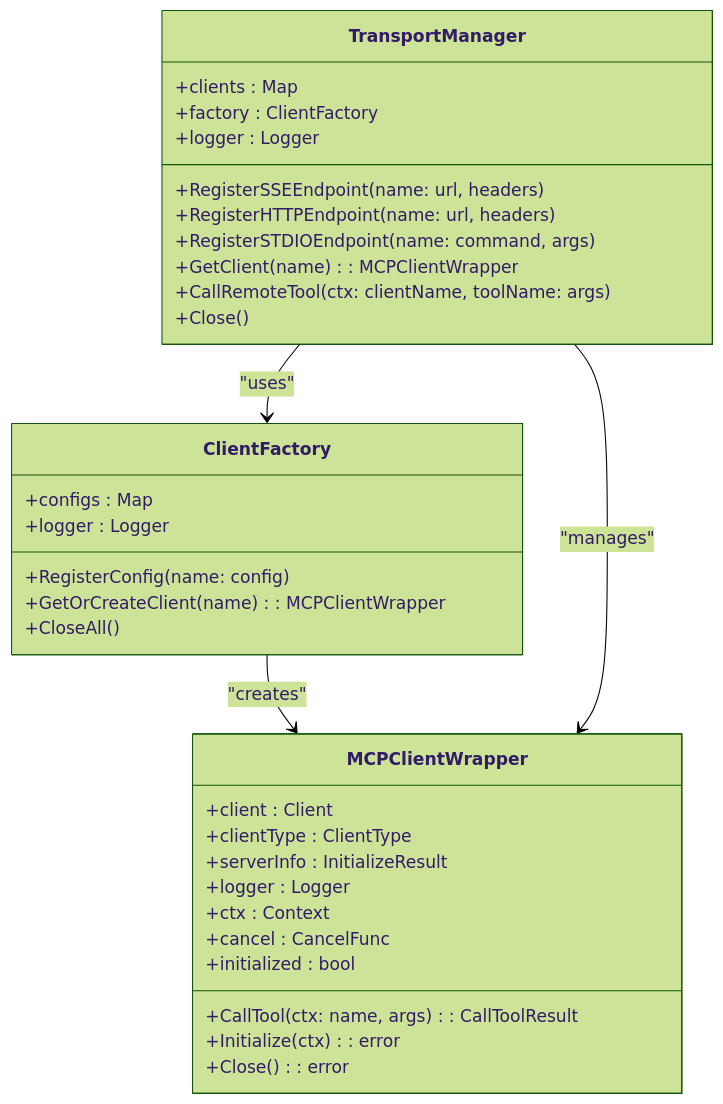
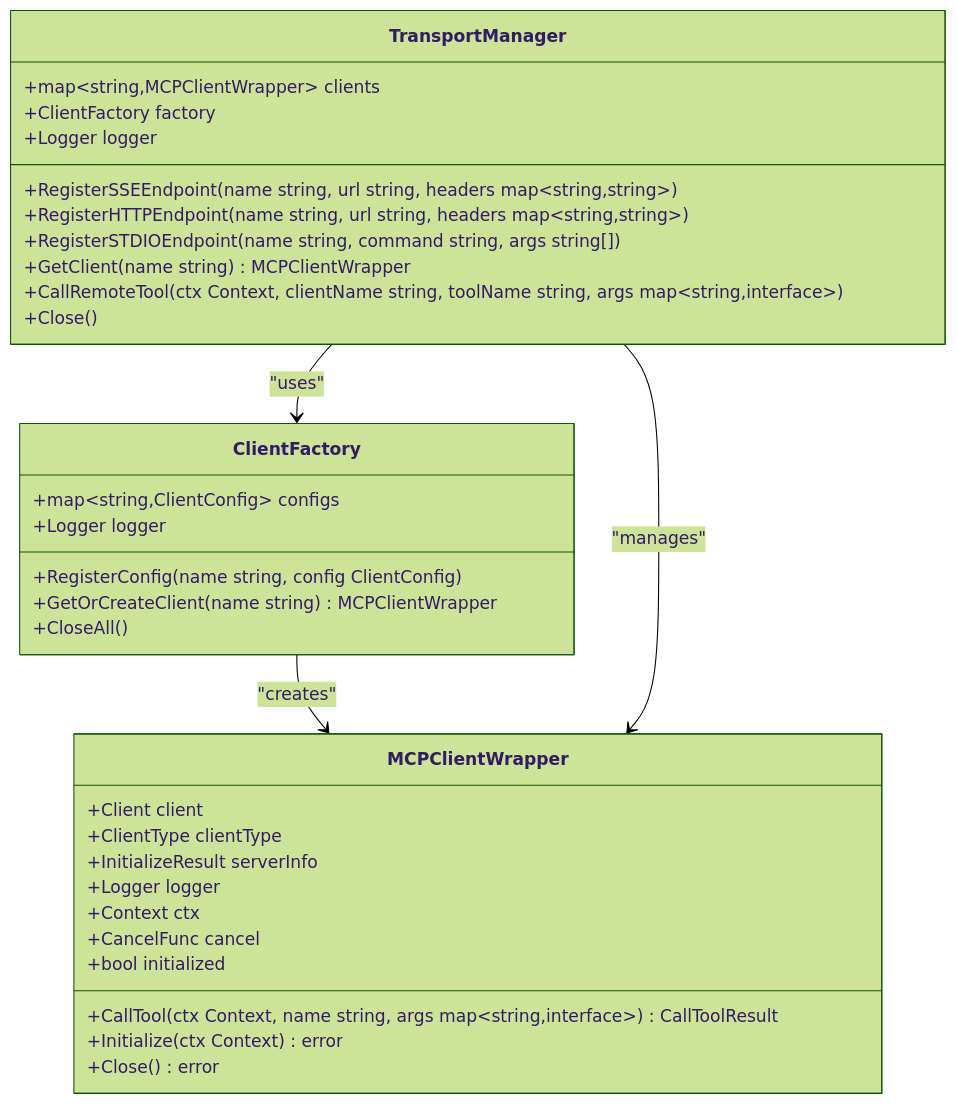
The first of 3 diagrams in docs/Architecture Overview/Model Context Protocol (MCP) Integration/Transport Adapters and Protocol Support.md (prxs-ai/praxis-go-sdk), drawn with Mermaid (forest theme) before and after one commit. The commit also changed other lines of this file and 33 other files, not shown here.

````diff
--- a/docs/Architecture Overview/Model Context Protocol (MCP) Integration/Transport Adapters and Protocol Support.md
+++ b/docs/Architecture Overview/Model Context Protocol (MCP) Integration/Transport Adapters and Protocol Support.md
@@ -25,36 +25,36 @@
 ```mermaid
 classDiagram
 class TransportManager {
-+clients : Map<string, MCPClientWrapper>
-+factory : ClientFactory
-+logger : Logger
-+RegisterSSEEndpoint(name: url, headers)
-+RegisterHTTPEndpoint(name: url, headers)
-+RegisterSTDIOEndpoint(name: command, args)
-+GetClient(name) : MCPClientWrapper
-+CallRemoteTool(ctx: clientName, toolName: args)
++map~string,MCPClientWrapper~ clients
++ClientFactory factory
++Logger logger
++RegisterSSEEndpoint(name string, url string, headers map~string,string~)
++RegisterHTTPEndpoint(name string, url string, headers map~string,string~)
++RegisterSTDIOEndpoint(name string, command string, args string[])
++GetClient(name string) MCPClientWrapper
++CallRemoteTool(ctx Context, clientName string, toolName string, args map~string,interface~)
 +Close()
 }
 class ClientFactory {
-+configs : Map<string, ClientConfig>
-+logger : Logger
-+RegisterConfig(name: config)
-+GetOrCreateClient(name) : MCPClientWrapper
++map~string,ClientConfig~ configs
++Logger logger
++RegisterConfig(name string, config ClientConfig)
++GetOrCreateClient(name string) MCPClientWrapper
 +CloseAll()
 }
 class MCPClientWrapper {
-+client : Client
-+clientType : ClientType
-+serverInfo : InitializeResult
-+logger : Logger
-+ctx : Context
-+cancel : CancelFunc
-+initialized : bool
-+CallTool(ctx: name, args) : CallToolResult
-+Initialize(ctx) : error
-+Close() : error
++Client client
++ClientType clientType
++InitializeResult serverInfo
++Logger logger
++Context ctx
++CancelFunc cancel
++bool initialized
++CallTool(ctx Context, name string, args map~string,interface~) CallToolResult
++Initialize(ctx Context) error
++Close() error
 }
 TransportManager --> ClientFactory : "uses"
 ClientFactory --> MCPClientWrapper : "creates"
 TransportManager --> MCPClientWrapper : "manages"
 ```
````
